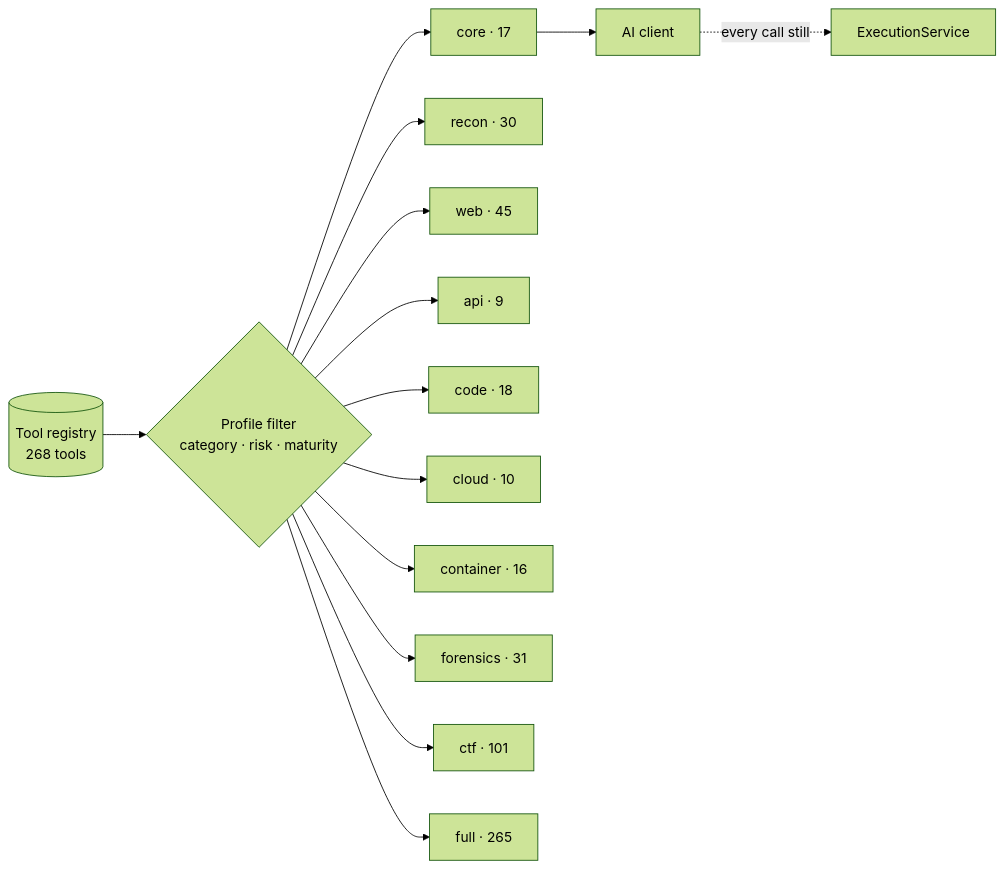
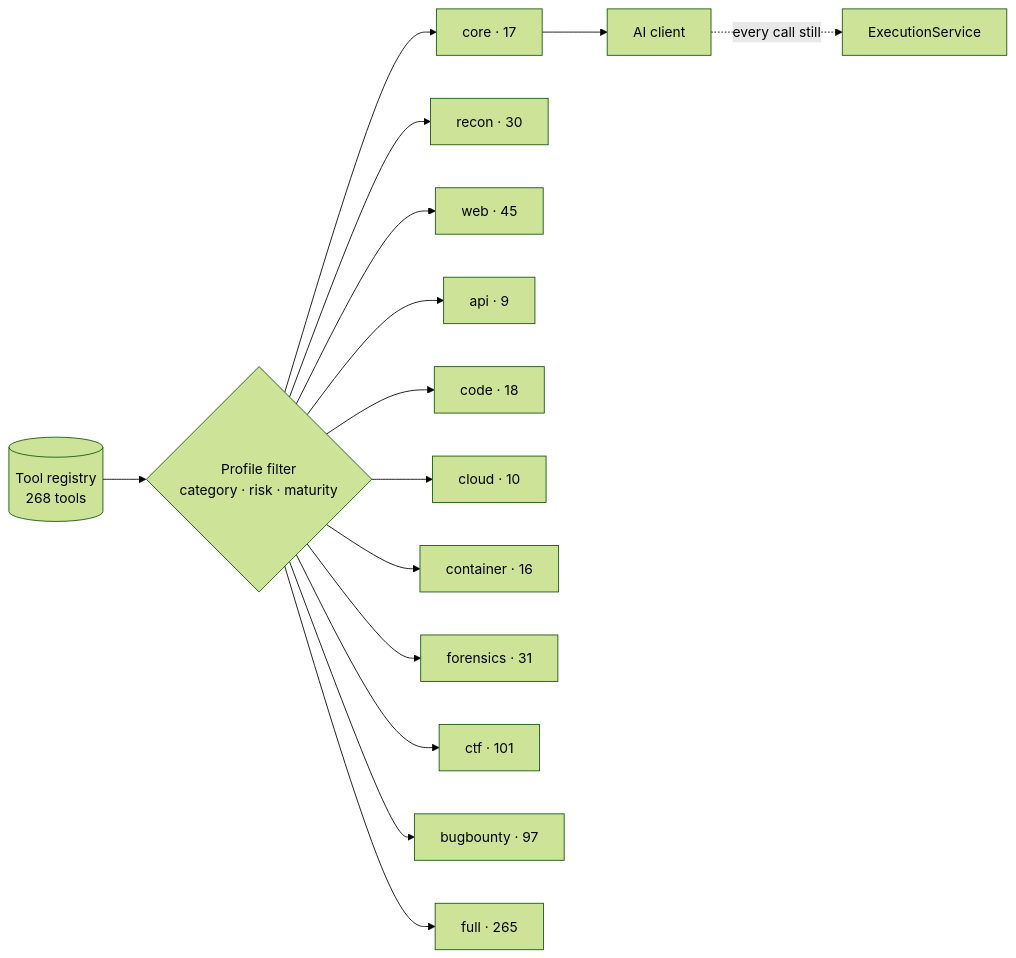
The sixth of 6 diagrams in docs/architecture.md (Arseno25/nexhunter), drawn with Mermaid (forest theme) before and after one commit. The commit also changed other lines of this file and 4 other files, not shown here.

First line of the commit message:
docs: bring architecture/security-model/how-it-works/mcp docs up to date with the findings-validation work

````diff
--- a/docs/architecture.md
+++ b/docs/architecture.md
@@ -201,17 +210,18 @@
 ```mermaid
 flowchart LR
     REG[(Tool registry<br/>268 tools)] --> F{Profile filter<br/>category · risk · maturity}
     F --> C[core · 17]
     F --> RC[recon · 30]
     F --> W[web · 45]
     F --> AP[api · 9]
     F --> CD[code · 18]
     F --> CL[cloud · 10]
     F --> CT[container · 16]
     F --> FR[forensics · 31]
     F --> CTF[ctf · 101]
+    F --> BB[bugbounty · 97]
     F --> FU[full · 265]
 
     C --> CLIENT[AI client]
     CLIENT -.->|every call still| SVC[ExecutionService]
 ```
````
